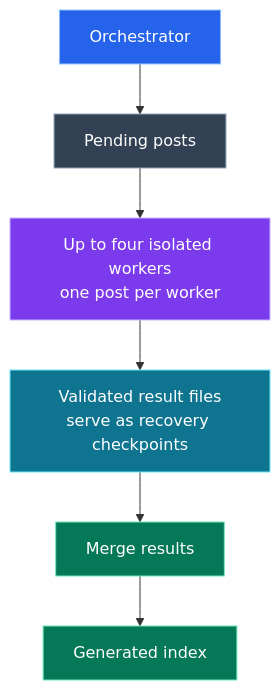
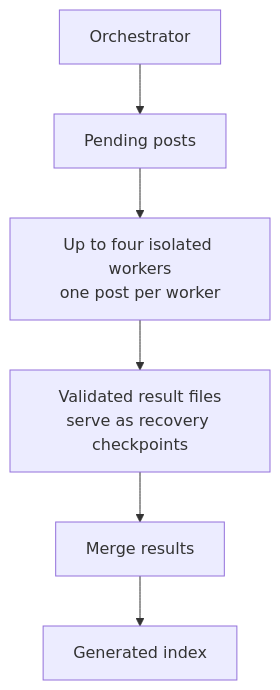
One commit to g-savitha/gsavitha.in changed the fifth of 7 diagrams in src/content/blog/blog-audio-player.md. Above: the diagram before and after it, drawn with Mermaid. The commit also changed other lines of this file and 5 other files, not shown here.

Commit message:
Mermaid: move every post colour into one PALETTE; posts use named classes only

````diff
--- a/src/content/blog/blog-audio-player.md
+++ b/src/content/blog/blog-audio-player.md
@@ -327,14 +302,8 @@
 ```mermaid
 flowchart TD
-    ORCH["Orchestrator"]:::primary --> QUEUE["Pending posts"]:::content
-    QUEUE --> WORKERS["Up to four isolated workers\none post per worker"]:::accent
-    WORKERS --> RESULTS["Validated result files\nserve as recovery checkpoints"]:::info
-    RESULTS --> MERGE["Merge results"]:::success
-    MERGE --> INDEX["Generated index"]:::success
-
-    classDef primary fill:#2563eb,stroke:#93c5fd,color:#ffffff
-    classDef accent fill:#7c3aed,stroke:#c4b5fd,color:#ffffff
-    classDef success fill:#047857,stroke:#6ee7b7,color:#ffffff
-    classDef info fill:#0e7490,stroke:#67e8f9,color:#ffffff
-    classDef content fill:#334155,stroke:#94a3b8,color:#ffffff
+    ORCH["Orchestrator"]:::royal --> QUEUE["Pending posts"]:::content
+    QUEUE --> WORKERS["Up to four isolated workers\none post per worker"]:::violet
+    WORKERS --> RESULTS["Validated result files\nserve as recovery checkpoints"]:::teal
+    RESULTS --> MERGE["Merge results"]:::emerald
+    MERGE --> INDEX["Generated index"]:::emerald
 ```
````
